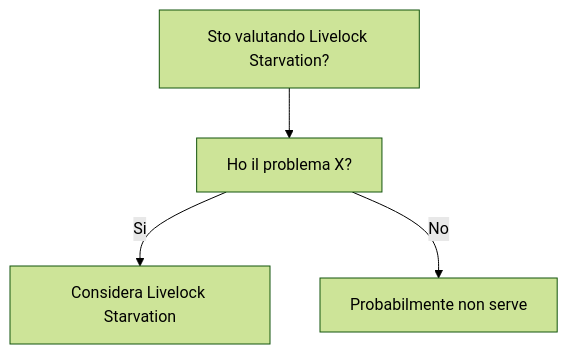
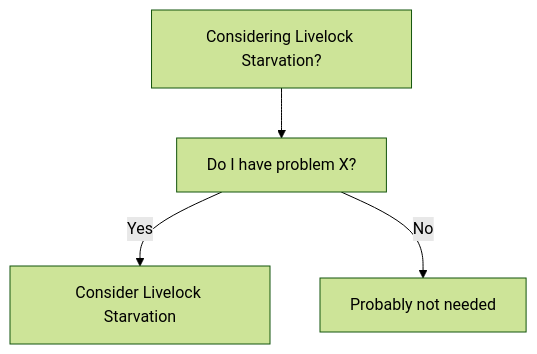
One commit to HxT9/Software-Dev-Wiki changed the diagram in dev-wiki/04_Concurrency/Livelock_Starvation/When_To_Use.md. Above: the diagram before and after it, drawn with Mermaid (forest theme). The commit also changed other lines of this file and 3444 other files, not shown here.

````diff
--- a/dev-wiki/04_Concurrency/Livelock_Starvation/When_To_Use.md
+++ b/dev-wiki/04_Concurrency/Livelock_Starvation/When_To_Use.md
@@ -19,6 +19,6 @@
 ```mermaid
 flowchart TD
-  Q[Sto valutando Livelock Starvation?] --> Q1[Ho il problema X?]
-  Q1 -->|Si| OK[Considera Livelock Starvation]
-  Q1 -->|No| NO[Probabilmente non serve]
+  Q[Considering Livelock Starvation?] --> Q1[Do I have problem X?]
+  Q1 -->|Yes| OK[Consider Livelock Starvation]
+  Q1 -->|No| NO[Probably not needed]
 ```
````
